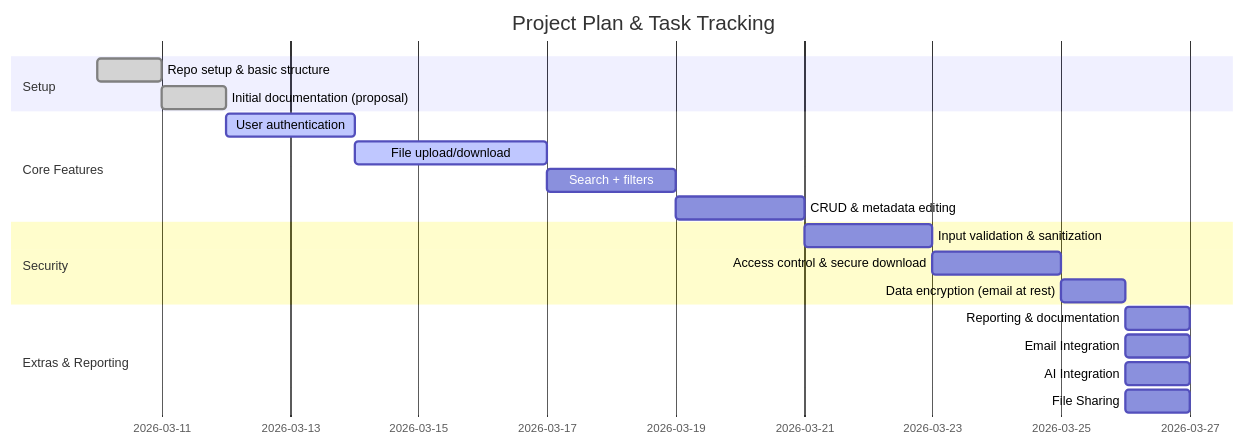
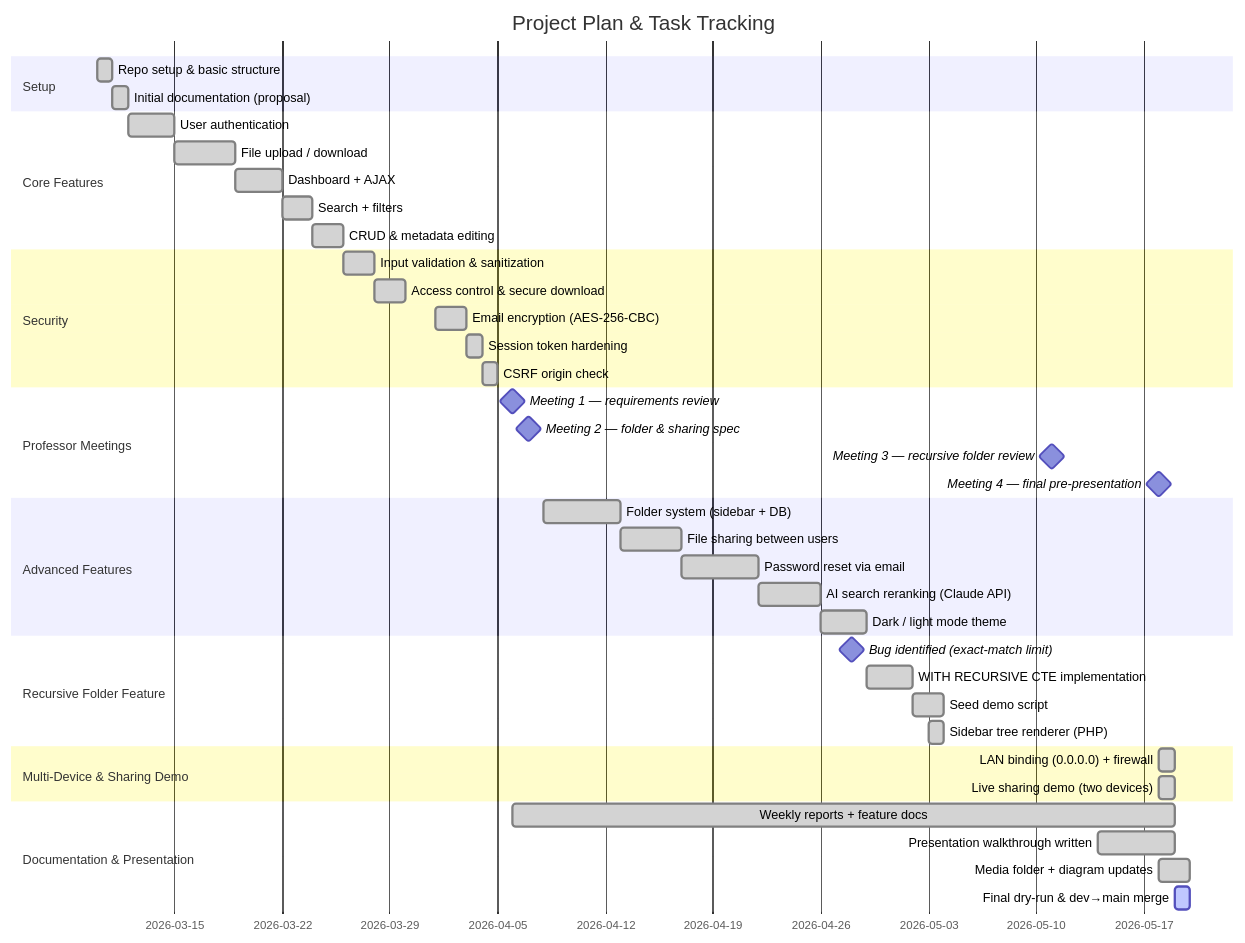
The third of 3 diagrams in .docs/diagrams.md (Adionalu05/Web-Project), drawn with Mermaid before and after one commit. The commit also changed 10 other files, not shown here.

First line of the commit message:
Add collapsible folder pane, fill reports, update docs

````diff
--- a/.docs/diagrams.md
+++ b/.docs/diagrams.md
@@ -108,25 +108,52 @@
 ```mermaid
 gantt
     title Project Plan & Task Tracking
     dateFormat  YYYY-MM-DD
+
     section Setup
-    Repo setup & basic structure       :done,    a1, 2026-03-10, 1d
-    Initial documentation (proposal)   :done,    a2, 2026-03-11, 1d
+    Repo setup & basic structure        :done, s1, 2026-03-10, 1d
+    Initial documentation (proposal)    :done, s2, 2026-03-11, 1d
 
     section Core Features
-    User authentication               :active,  a3, 2026-03-12, 2d
-    File upload/download              :active,  a4, 2026-03-14, 3d
-    Search + filters                  :        a5, 2026-03-17, 2d
-    CRUD & metadata editing           :        a6, 2026-03-19, 2d
+    User authentication                 :done, c1, 2026-03-12, 3d
+    File upload / download              :done, c2, 2026-03-15, 4d
+    Dashboard + AJAX                    :done, c3, 2026-03-19, 3d
+    Search + filters                    :done, c4, 2026-03-22, 2d
+    CRUD & metadata editing             :done, c5, 2026-03-24, 2d
 
     section Security
-    Input validation & sanitization   :        a7, 2026-03-21, 2d
-    Access control & secure download  :        a8, 2026-03-23, 2d
-    Data encryption (email at rest)    :        a9, 2026-03-25, 1d
+    Input validation & sanitization     :done, sec1, 2026-03-26, 2d
+    Access control & secure download    :done, sec2, 2026-03-28, 2d
+    Email encryption (AES-256-CBC)      :done, sec3, 2026-04-01, 2d
+    Session token hardening             :done, sec4, 2026-04-03, 1d
+    CSRF origin check                   :done, sec5, 2026-04-04, 1d
 
-    section Extras & Reporting
-    Reporting & documentation         :        a10, 2026-03-26, 1d
-    Email Integration                  :    a10, 2026-03-26, 1d
-    AI Integration                      : a10, 2026-03-26, 1d
-    File Sharing                        : a10, 2026-03-26, 1d
+    section Professor Meetings
+    Meeting 1 — requirements review     :milestone, m1, 2026-04-06, 0d
+    Meeting 2 — folder & sharing spec   :milestone, m2, 2026-04-07, 0d
+    Meeting 3 — recursive folder review :milestone, m3, 2026-05-11, 0d
+    Meeting 4 — final pre-presentation  :milestone, m4, 2026-05-18, 0d
+
+    section Advanced Features
+    Folder system (sidebar + DB)        :done, f1, 2026-04-08, 5d
+    File sharing between users          :done, f2, 2026-04-13, 4d
+    Password reset via email            :done, f3, 2026-04-17, 5d
+    AI search reranking (Claude API)    :done, f4, 2026-04-22, 4d
+    Dark / light mode theme             :done, f5, 2026-04-26, 3d
+
+    section Recursive Folder Feature
+    Bug identified (exact-match limit)  :milestone, r0, 2026-04-28, 0d
+    WITH RECURSIVE CTE implementation   :done, r1, 2026-04-29, 3d
+    Seed demo script                    :done, r2, 2026-05-02, 2d
+    Sidebar tree renderer (PHP)         :done, r3, 2026-05-03, 1d
+
+    section Multi-Device & Sharing Demo
+    LAN binding (0.0.0.0) + firewall    :done, md1, 2026-05-18, 1d
+    Live sharing demo (two devices)     :done, md2, 2026-05-18, 1d
+
+    section Documentation & Presentation
+    Weekly reports + feature docs       :done, d1, 2026-04-06, 43d
+    Presentation walkthrough written    :done, d2, 2026-05-14, 5d
+    Media folder + diagram updates      :done, d3, 2026-05-18, 2d
+    Final dry-run & dev→main merge      :active, d4, 2026-05-19, 1d
 ```
````
